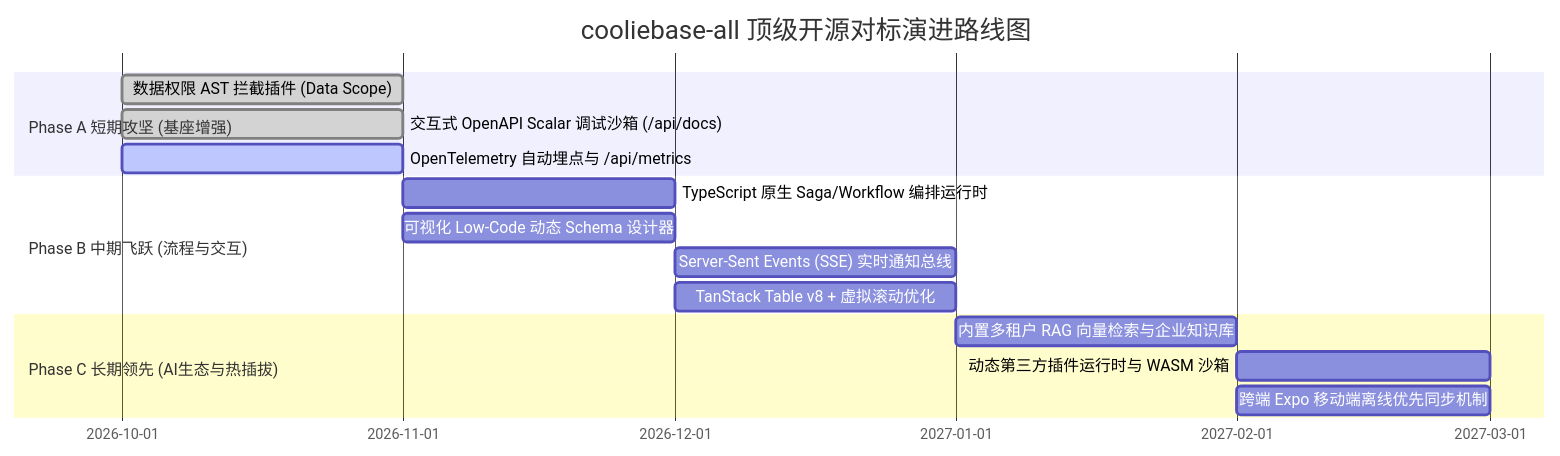
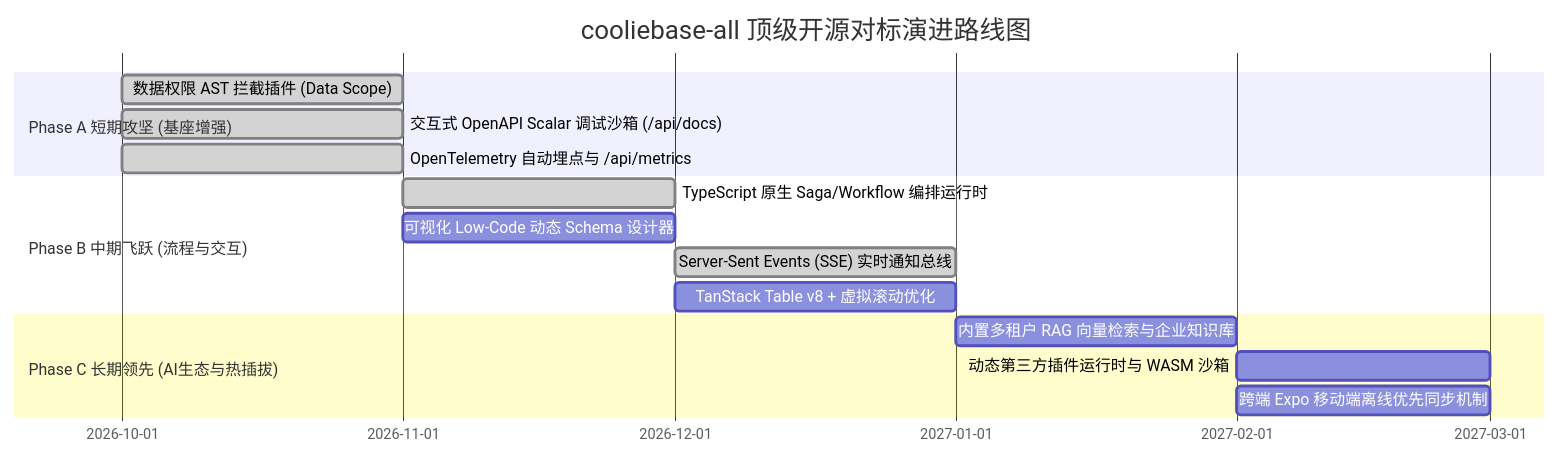
The second of 2 diagrams in docs/architecture/BENCHMARK-GAP-ANALYSIS-AND-CONTINUOUS-IMPROVEMENT.md (xaicd/cooliebase-all), drawn with Mermaid before and after one commit. The commit also changed 18 other files, not shown here.

Commit message:
[T11] 通用蓝图底座终极收口与对标演进闭环：生成表单反应式联动与主子表内联增删行、列表页真实看板分栏泳道、blueprint:deliver单命令交付、Prometheus指标端点(A3)、TS原生Saga补偿工作流引擎(B1)与SSE实时通知流(B3)

````diff
--- a/docs/architecture/BENCHMARK-GAP-ANALYSIS-AND-CONTINUOUS-IMPROVEMENT.md
+++ b/docs/architecture/BENCHMARK-GAP-ANALYSIS-AND-CONTINUOUS-IMPROVEMENT.md
@@ -118,18 +118,18 @@
 ```mermaid
 gantt
     title cooliebase-all 顶级开源对标演进路线图
     dateFormat  YYYY-MM
     section Phase A 短期攻坚 (基座增强)
     数据权限 AST 拦截插件 (Data Scope)     :done, p1, 2026-10, 2026-11
     交互式 OpenAPI Scalar 调试沙箱 (/api/docs) :done, p2, 2026-10, 2026-11
-    OpenTelemetry 自动埋点与 /api/metrics   :active, p3, 2026-10, 2026-11
+    OpenTelemetry 自动埋点与 /api/metrics   :done, p3, 2026-10, 2026-11
     section Phase B 中期飞跃 (流程与交互)
-    TypeScript 原生 Saga/Workflow 编排运行时  :p4, 2026-11, 2026-12
+    TypeScript 原生 Saga/Workflow 编排运行时  :done, p4, 2026-11, 2026-12
     可视化 Low-Code 动态 Schema 设计器       :p5, 2026-11, 2026-12
-    Server-Sent Events (SSE) 实时通知总线   :p6, 2026-12, 2027-01
+    Server-Sent Events (SSE) 实时通知总线   :done, p6, 2026-12, 2027-01
     TanStack Table v8 + 虚拟滚动优化        :p7, 2026-12, 2027-01
     section Phase C 长期领先 (AI生态与热插拔)
     内置多租户 RAG 向量检索与企业知识库     :p8, 2027-01, 2027-02
     动态第三方插件运行时与 WASM 沙箱        :p9, 2027-02, 2027-03
     跨端 Expo 移动端离线优先同步机制         :p10, 2027-02, 2027-03
 ```
````
